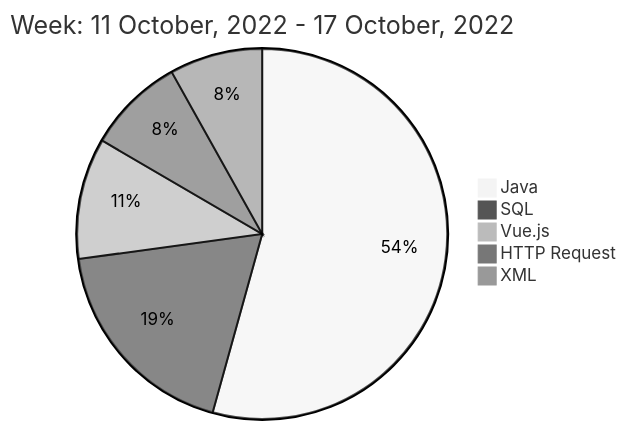
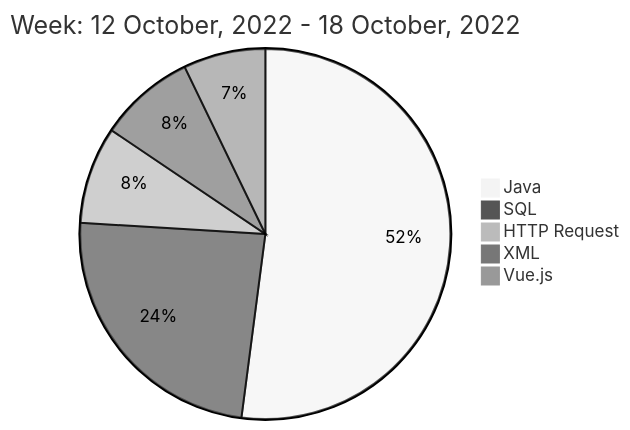
Before and after one commit to liubin95/liubin95: the diagram in README.md, drawn with Mermaid (neutral theme).

Commit message:
Updated the Graph with new Metrics

````diff
--- a/README.md
+++ b/README.md
@@ -40,9 +40,9 @@
 ```mermaid
  pie
-title Week: 11 October, 2022 - 17 October, 2022
- "Java" : 11.72
- "SQL" : 4.0
- "Vue.js" : 2.28
- "HTTP Request" : 1.83
- "XML" : 1.75
+title Week: 12 October, 2022 - 18 October, 2022
+ "Java" : 11.48
+ "SQL" : 5.27
+ "HTTP Request" : 1.87
+ "XML" : 1.85
+ "Vue.js" : 1.58
 ```
````
